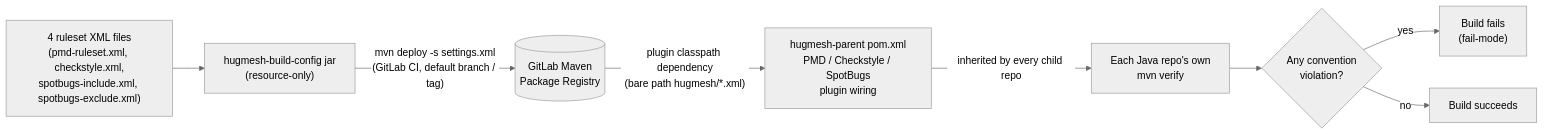
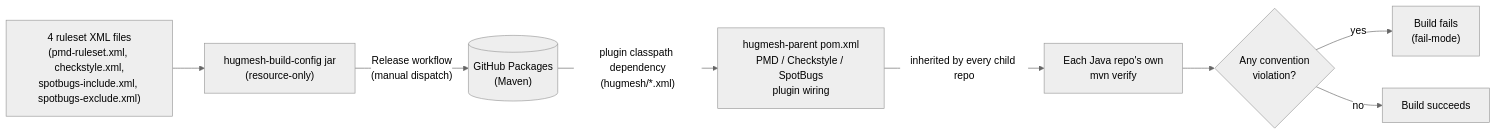
One commit to hugmesh/hugmesh.github.io changed the diagram in content/developer-guide/shared-build-config.md. Above: the diagram before and after it, drawn with Mermaid (neutral theme). The commit also changed other lines of this file and 93 other files, not shown here.

````diff
--- a/content/developer-guide/shared-build-config.md
+++ b/content/developer-guide/shared-build-config.md
@@ -82,19 +79,19 @@
 ```mermaid
 flowchart LR
     XML["4 ruleset XML files\n(pmd-ruleset.xml, checkstyle.xml,\nspotbugs-include.xml, spotbugs-exclude.xml)"]
     JAR["hugmesh-build-config jar\n(resource-only)"]
-    REG[("GitLab Maven\nPackage Registry")]
+    REG[("GitHub Packages\n(Maven)")]
     PARENT["hugmesh-parent pom.xml\nPMD / Checkstyle / SpotBugs\nplugin wiring"]
     REPO["Each Java repo's own\nmvn verify"]
     GATE{"Any convention\nviolation?"}
     FAIL["Build fails\n(fail-mode)"]
     PASS["Build succeeds"]
 
     XML --> JAR
-    JAR -->|"mvn deploy -s settings.xml\n(GitLab CI, default branch / tag)"| REG
-    REG -->|"plugin classpath dependency\n(bare path hugmesh/*.xml)"| PARENT
+    JAR -->|"Release workflow\n(manual dispatch)"| REG
+    REG -->|"plugin classpath dependency\n(hugmesh/*.xml)"| PARENT
     PARENT -->|"inherited by every child repo"| REPO
     REPO --> GATE
     GATE -->|yes| FAIL
     GATE -->|no| PASS
 ```
````
